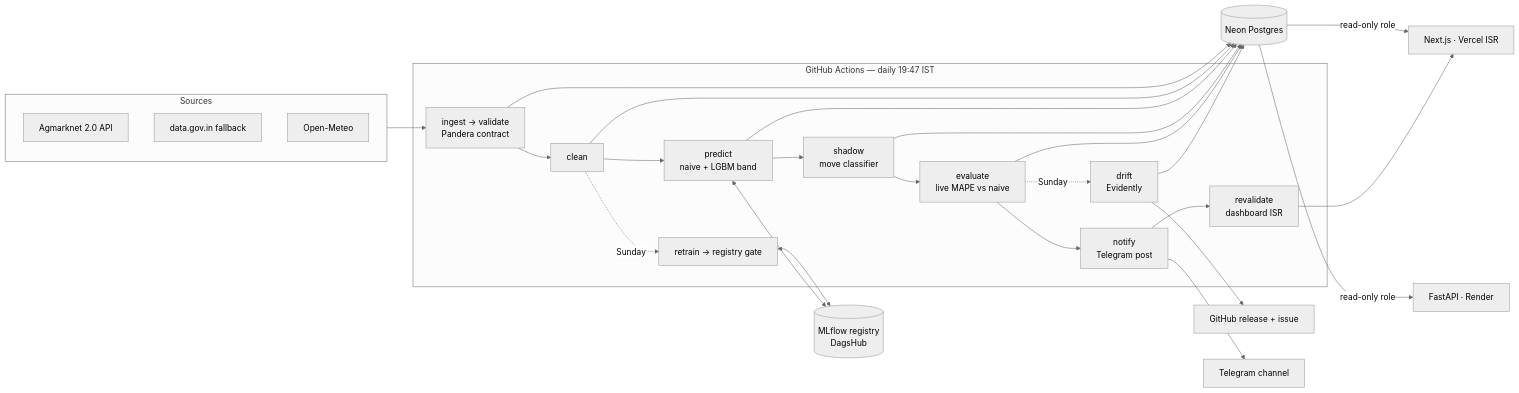
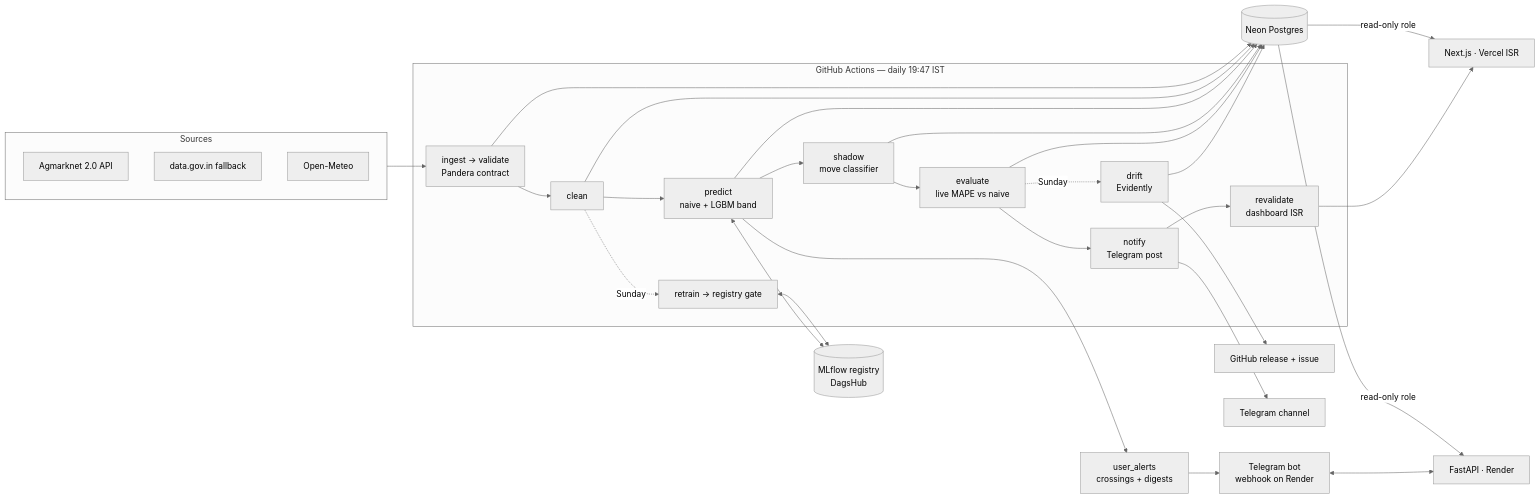
Before and after one commit to sayandp/kerala-crop-forecaster: the diagram in README.md, drawn with Mermaid (neutral theme). The commit also changed other lines of this file and 1 other file, not shown here.

Commit message:
docs: Telegram bot commands, privacy, metrics (Phase 5)

````diff
--- a/README.md
+++ b/README.md
@@ -42,27 +44,30 @@
 ```mermaid
 flowchart LR
   subgraph sources[Sources]
     AG[Agmarknet 2.0 API]
     DG[data.gov.in fallback]
     OM[Open-Meteo]
   end
   subgraph gha["GitHub Actions — daily 19:47 IST"]
     I[ingest → validate<br/>Pandera contract] --> C[clean]
     C --> P[predict<br/>naive + LGBM band]
     P --> S[shadow<br/>move classifier]
     S --> E[evaluate<br/>live MAPE vs naive]
     E --> N[notify<br/>Telegram post]
     N --> R[revalidate<br/>dashboard ISR]
     C -. Sunday .-> RT[retrain → registry gate]
     E -. Sunday .-> D[drift<br/>Evidently]
   end
   sources --> I
   RT <--> ML[(MLflow registry<br/>DagsHub)]
   P <--> ML
   I & C & P & S & E & D --> DB[(Neon Postgres)]
   D --> GH[GitHub release + issue]
   DB -- read-only role --> API[FastAPI · Render]
   DB -- read-only role --> WEB[Next.js · Vercel ISR]
   N --> TG[Telegram channel]
+  P --> UA[user_alerts<br/>crossings + digests]
+  UA --> BOT
+  BOT[Telegram bot<br/>webhook on Render] <--> API
   R --> WEB
 ```
````
